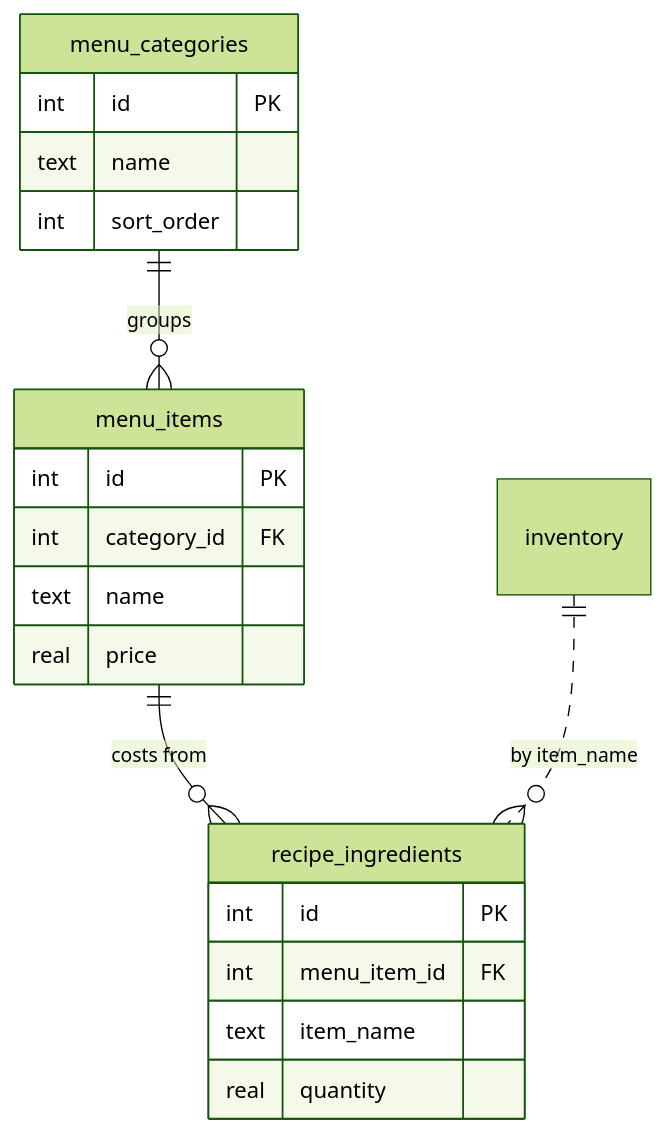
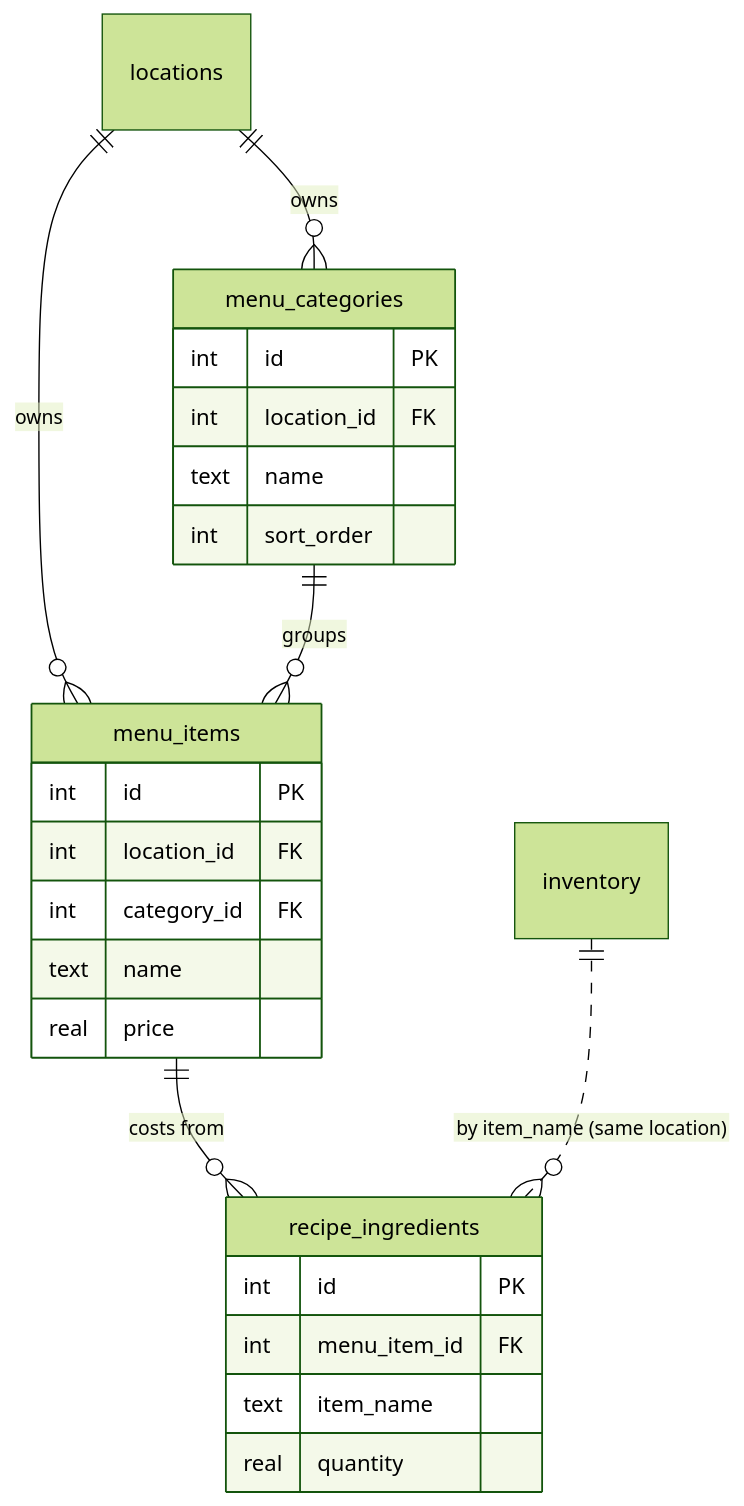
One commit to nolanle-gmail/pho-ha-noi changed the eighth of 16 diagrams in docs/HANDBOOK.md. Above: the diagram before and after it, drawn with Mermaid (forest theme). The commit also changed other lines of this file, not shown here.

Commit message:
docs: per-location Menu/Recipes (under Locations)

````diff
--- a/docs/HANDBOOK.md
+++ b/docs/HANDBOOK.md
@@ -883,23 +889,27 @@
 ```mermaid
 erDiagram
+  locations ||--o{ menu_categories : "owns"
+  locations ||--o{ menu_items : "owns"
   menu_categories ||--o{ menu_items : "groups"
   menu_items ||--o{ recipe_ingredients : "costs from"
-  inventory ||..o{ recipe_ingredients : "by item_name"
+  inventory ||..o{ recipe_ingredients : "by item_name (same location)"
   menu_categories {
     int id PK
+    int location_id FK
     text name
     int sort_order
   }
   menu_items {
     int id PK
+    int location_id FK
     int category_id FK
     text name
     real price
   }
   recipe_ingredients {
     int id PK
     int menu_item_id FK
     text item_name
     real quantity
   }
 ```
````
